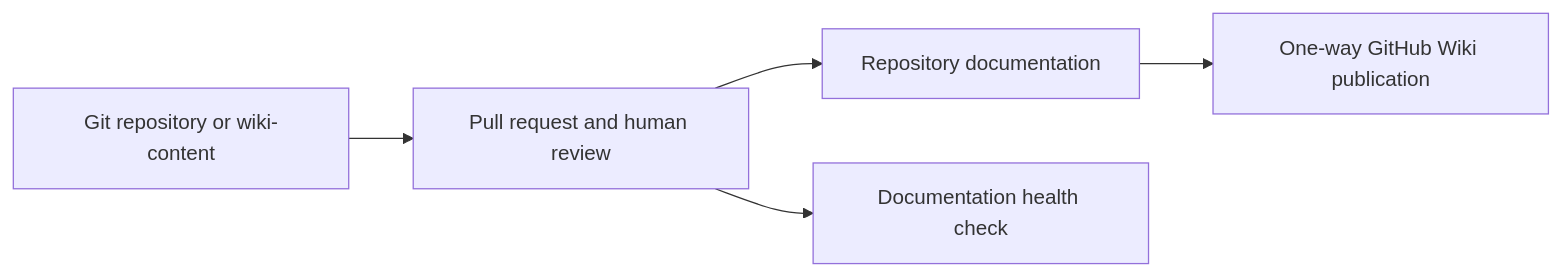
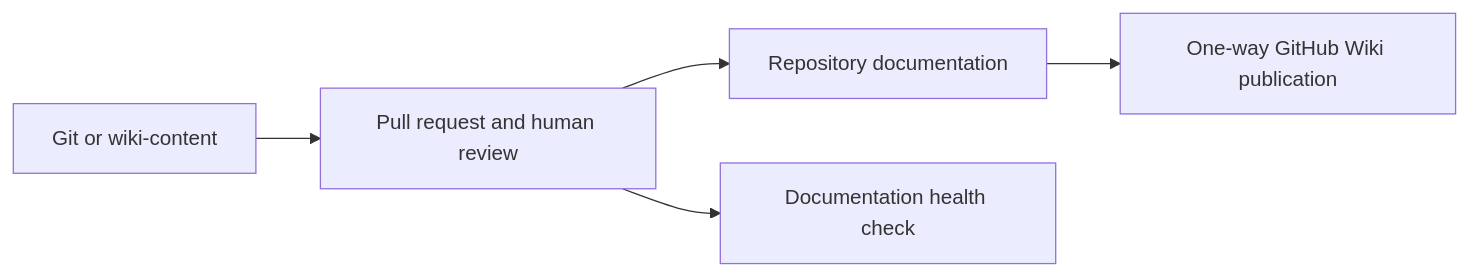
Before and after one commit to Trancendos/Tranc3: the third of 4 diagrams in docs/DOCUMENT_LIFECYCLE.md, drawn with Mermaid. The commit also changed other lines of this file and 29 other files, not shown here.

````diff
--- a/docs/DOCUMENT_LIFECYCLE.md
+++ b/docs/DOCUMENT_LIFECYCLE.md
@@ -21,7 +51,7 @@
 ```mermaid
 flowchart LR
-  A[Git repository or wiki-content] --> B[Pull request and human review]
+  A[Git or wiki-content] --> B[Pull request and human review]
   B --> C[Repository documentation]
   C --> D[One-way GitHub Wiki publication]
   B --> E[Documentation health check]
 ```
````
